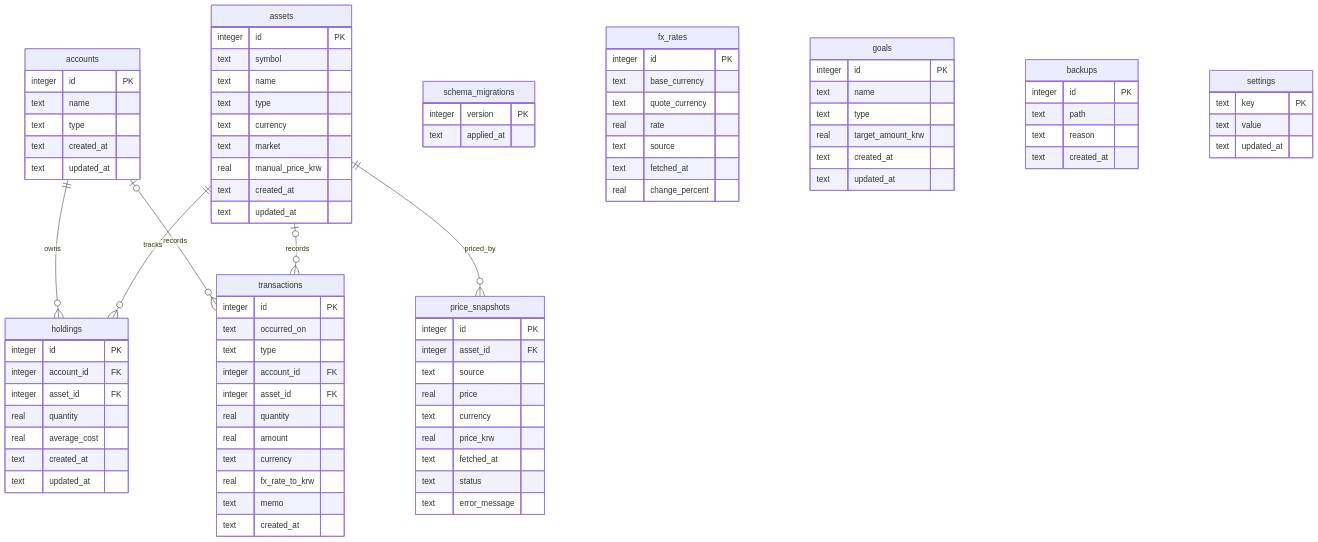
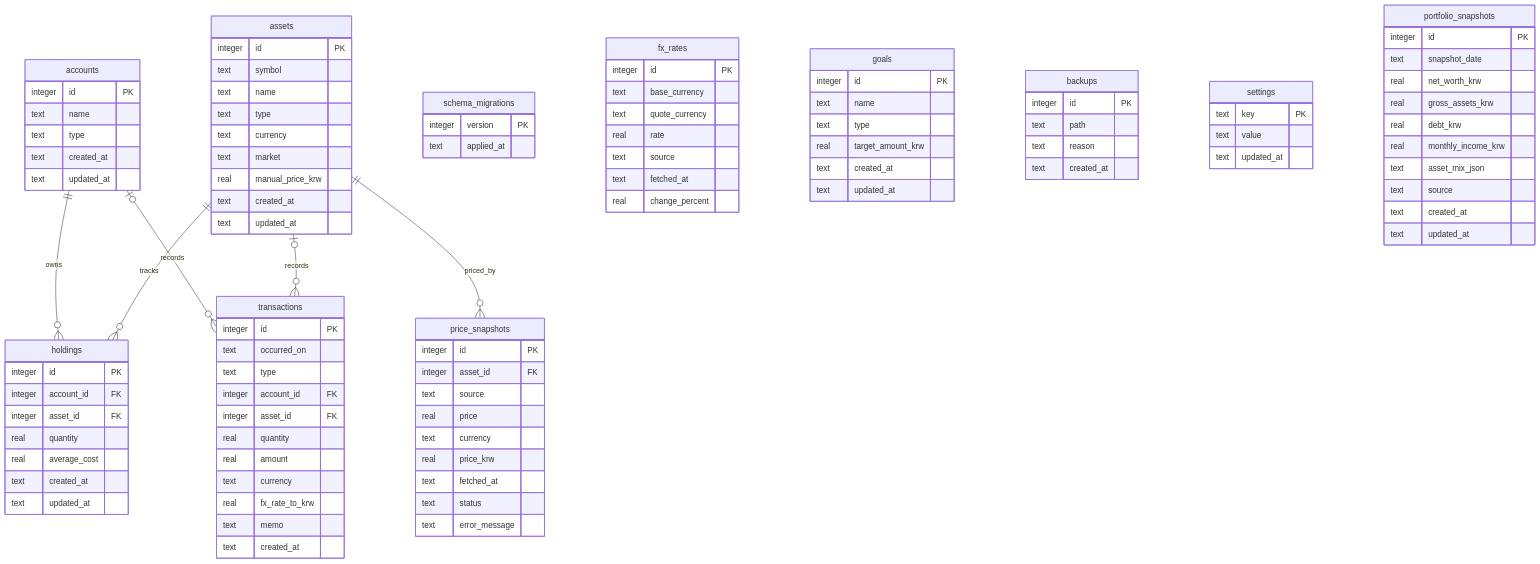
The diagram in docs/db_erd.md (OhSuBin13/portfolio), drawn with Mermaid before and after one commit. The commit also changed other lines of this file, not shown here.

Commit message:
docs: update database ERD

````diff
--- a/docs/db_erd.md
+++ b/docs/db_erd.md
@@ -104,4 +104,17 @@
         text value
         text updated_at
     }
+
+    portfolio_snapshots {
+        integer id PK
+        text snapshot_date
+        real net_worth_krw
+        real gross_assets_krw
+        real debt_krw
+        real monthly_income_krw
+        text asset_mix_json
+        text source
+        text created_at
+        text updated_at
+    }
 ```
````
